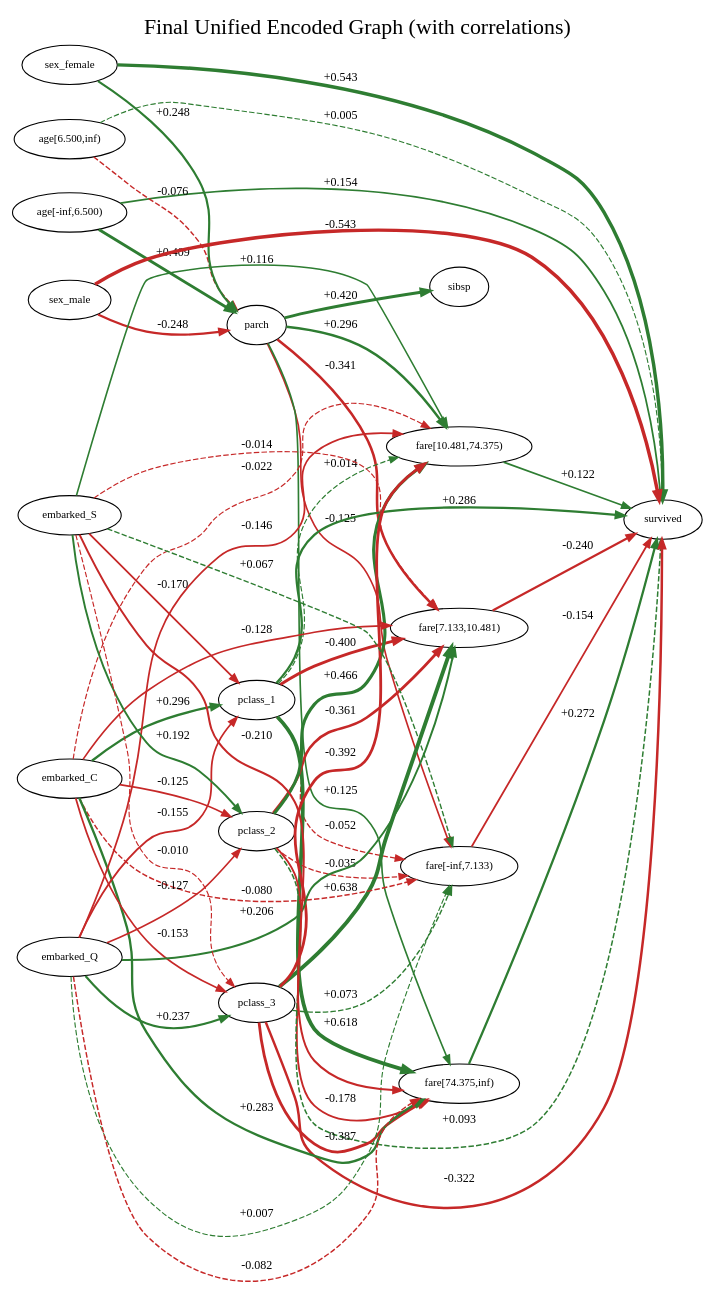
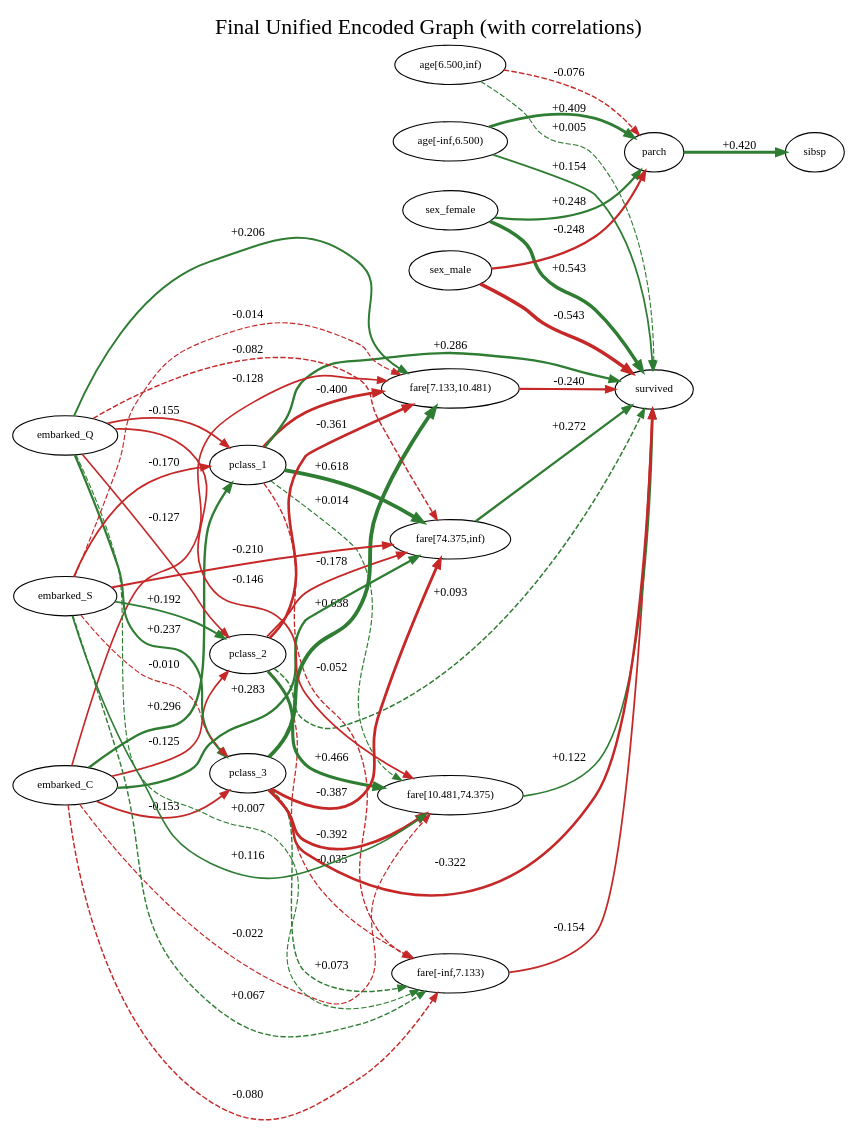
One commit to AKANEMO22/MedTCAX-Causal-Argumentative-Explainability changed the diagram in causal_argumentation-main/outputs_titanic/fci_experiment/final_unified_fci_weighted.dot. Above: the diagram before and after it, drawn with Graphviz. The commit also changed 23 other files, not shown here.

```diff
--- a/causal_argumentation-main/outputs_titanic/fci_experiment/final_unified_fci_weighted.dot
+++ b/causal_argumentation-main/outputs_titanic/fci_experiment/final_unified_fci_weighted.dot
@@ -1,76 +1,72 @@
 digraph G {
 rankdir=LR;
 label="Final Unified Encoded Graph (with correlations)";
 labelloc=t;
 fontsize=20;
 "age[-inf,6.500)" [shape=ellipse, fontsize=10];
 "age[6.500,inf)" [shape=ellipse, fontsize=10];
 "fare[-inf,7.133)" [shape=ellipse, fontsize=10];
 "fare[7.133,10.481)" [shape=ellipse, fontsize=10];
 "fare[10.481,74.375)" [shape=ellipse, fontsize=10];
 "fare[74.375,inf)" [shape=ellipse, fontsize=10];
 sibsp [shape=ellipse, fontsize=10];
 parch [shape=ellipse, fontsize=10];
 pclass_1 [shape=ellipse, fontsize=10];
 pclass_2 [shape=ellipse, fontsize=10];
 pclass_3 [shape=ellipse, fontsize=10];
 sex_female [shape=ellipse, fontsize=10];
 sex_male [shape=ellipse, fontsize=10];
 embarked_C [shape=ellipse, fontsize=10];
 embarked_Q [shape=ellipse, fontsize=10];
 embarked_S [shape=ellipse, fontsize=10];
 survived [shape=ellipse, fontsize=10];
+"age[-inf,6.500)" -> survived [arrowsize=0.8, label=" +0.154 ", fontsize=11, color="#2e7d32", penwidth=1.6177861699496239];
 "age[-inf,6.500)" -> parch [arrowsize=0.8, label=" +0.409 ", fontsize=11, color="#2e7d32", penwidth=2.6369918056082815];
-"age[-inf,6.500)" -> survived [arrowsize=0.8, label=" +0.154 ", fontsize=11, color="#2e7d32", penwidth=1.6177861699496239];
+"age[6.500,inf)" -> survived [arrowsize=0.8, label=" +0.005 ", fontsize=11, color="#2e7d32", style=dashed, penwidth=1.0208491370264643];
 "age[6.500,inf)" -> parch [arrowsize=0.8, label=" -0.076 ", fontsize=11, color="#c62828", style=dashed, penwidth=1.302104071312626];
-"age[6.500,inf)" -> survived [arrowsize=0.8, label=" +0.005 ", fontsize=11, color="#2e7d32", style=dashed, penwidth=1.0208491370264643];
 "fare[-inf,7.133)" -> survived [arrowsize=0.8, label=" -0.154 ", fontsize=11, color="#c62828", penwidth=1.6150804969855084];
 "fare[7.133,10.481)" -> survived [arrowsize=0.8, label=" -0.240 ", fontsize=11, color="#c62828", penwidth=1.9595400425618767];
 "fare[10.481,74.375)" -> survived [arrowsize=0.8, label=" +0.122 ", fontsize=11, color="#2e7d32", penwidth=1.4866630926507167];
 "fare[74.375,inf)" -> survived [arrowsize=0.8, label=" +0.272 ", fontsize=11, color="#2e7d32", penwidth=2.0897039893171288];
 parch -> sibsp [arrowsize=0.8, label=" +0.420 ", fontsize=11, color="#2e7d32", penwidth=2.680932707475021];
-parch -> "fare[7.133,10.481)" [arrowsize=0.8, label=" -0.341 ", fontsize=11, color="#c62828", penwidth=2.3620449319349763];
-parch -> "fare[-inf,7.133)" [arrowsize=0.8, label=" -0.125 ", fontsize=11, color="#c62828", penwidth=1.4986613933475286];
-parch -> "fare[10.481,74.375)" [arrowsize=0.8, label=" +0.296 ", fontsize=11, color="#2e7d32", penwidth=2.1839793438274446];
-parch -> "fare[74.375,inf)" [arrowsize=0.8, label=" +0.125 ", fontsize=11, color="#2e7d32", penwidth=1.5005349885069537];
 pclass_1 -> survived [arrowsize=0.8, label=" +0.286 ", fontsize=11, color="#2e7d32", penwidth=2.1436150711349695];
-pclass_1 -> "fare[7.133,10.481)" [arrowsize=0.8, label=" -0.400 ", fontsize=11, color="#c62828", penwidth=2.599999999999998];
 pclass_1 -> "fare[-inf,7.133)" [arrowsize=0.8, label=" -0.052 ", fontsize=11, color="#c62828", style=dashed, penwidth=1.2067024334934522];
 pclass_1 -> "fare[10.481,74.375)" [arrowsize=0.8, label=" +0.014 ", fontsize=11, color="#2e7d32", style=dashed, penwidth=1.0565179052716211];
+pclass_1 -> "fare[7.133,10.481)" [arrowsize=0.8, label=" -0.400 ", fontsize=11, color="#c62828", penwidth=2.599999999999998];
 pclass_1 -> "fare[74.375,inf)" [arrowsize=0.8, label=" +0.618 ", fontsize=11, color="#2e7d32", penwidth=3.4715000187273484];
 pclass_2 -> survived [arrowsize=0.8, label=" +0.093 ", fontsize=11, color="#2e7d32", style=dashed, penwidth=1.3733942896477154];
-pclass_2 -> "fare[7.133,10.481)" [arrowsize=0.8, label=" -0.361 ", fontsize=11, color="#c62828", penwidth=2.4429264621269073];
 pclass_2 -> "fare[-inf,7.133)" [arrowsize=0.8, label=" -0.035 ", fontsize=11, color="#c62828", style=dashed, penwidth=1.1398957882753673];
 pclass_2 -> "fare[10.481,74.375)" [arrowsize=0.8, label=" +0.466 ", fontsize=11, color="#2e7d32", penwidth=2.864432504407697];
+pclass_2 -> "fare[7.133,10.481)" [arrowsize=0.8, label=" -0.361 ", fontsize=11, color="#c62828", penwidth=2.4429264621269073];
 pclass_2 -> "fare[74.375,inf)" [arrowsize=0.8, label=" -0.178 ", fontsize=11, color="#c62828", penwidth=1.7132385556337684];
 pclass_3 -> survived [arrowsize=0.8, label=" -0.322 ", fontsize=11, color="#c62828", penwidth=2.2892334294918806];
-pclass_3 -> "fare[7.133,10.481)" [arrowsize=0.8, label=" +0.638 ", fontsize=11, color="#2e7d32", penwidth=3.5529025850904143];
 pclass_3 -> "fare[-inf,7.133)" [arrowsize=0.8, label=" +0.073 ", fontsize=11, color="#2e7d32", style=dashed, penwidth=1.291950879343746];
 pclass_3 -> "fare[10.481,74.375)" [arrowsize=0.8, label=" -0.392 ", fontsize=11, color="#c62828", penwidth=2.566076741692204];
+pclass_3 -> "fare[7.133,10.481)" [arrowsize=0.8, label=" +0.638 ", fontsize=11, color="#2e7d32", penwidth=3.5529025850904143];
 pclass_3 -> "fare[74.375,inf)" [arrowsize=0.8, label=" -0.387 ", fontsize=11, color="#c62828", penwidth=2.54898195217414];
+sex_female -> survived [arrowsize=0.8, label=" +0.543 ", fontsize=11, color="#2e7d32", penwidth=3.17340552263102];
 sex_female -> parch [arrowsize=0.8, label=" +0.248 ", fontsize=11, color="#2e7d32", penwidth=1.9900907139670656];
-sex_female -> survived [arrowsize=0.8, label=" +0.543 ", fontsize=11, color="#2e7d32", penwidth=3.17340552263102];
+sex_male -> survived [arrowsize=0.8, label=" -0.543 ", fontsize=11, color="#c62828", penwidth=3.17340552263102];
 sex_male -> parch [arrowsize=0.8, label=" -0.248 ", fontsize=11, color="#c62828", penwidth=1.9900907139670658];
-sex_male -> survived [arrowsize=0.8, label=" -0.543 ", fontsize=11, color="#c62828", penwidth=3.17340552263102];
-embarked_C -> "fare[7.133,10.481)" [arrowsize=0.8, label=" -0.128 ", fontsize=11, color="#c62828", penwidth=1.511283471649282];
-embarked_C -> pclass_2 [arrowsize=0.8, label=" -0.125 ", fontsize=11, color="#c62828", penwidth=1.5016624080527285];
 embarked_C -> "fare[-inf,7.133)" [arrowsize=0.8, label=" -0.080 ", fontsize=11, color="#c62828", style=dashed, penwidth=1.3205515173281779];
 embarked_C -> pclass_1 [arrowsize=0.8, label=" +0.296 ", fontsize=11, color="#2e7d32", penwidth=2.1856907175866684];
+embarked_C -> pclass_2 [arrowsize=0.8, label=" -0.125 ", fontsize=11, color="#c62828", penwidth=1.5016624080527285];
+embarked_C -> "fare[10.481,74.375)" [arrowsize=0.8, label=" -0.022 ", fontsize=11, color="#c62828", style=dashed, penwidth=1.0870456162135902];
+embarked_C -> "fare[7.133,10.481)" [arrowsize=0.8, label=" -0.128 ", fontsize=11, color="#c62828", penwidth=1.511283471649282];
+embarked_C -> "fare[74.375,inf)" [arrowsize=0.8, label=" +0.283 ", fontsize=11, color="#2e7d32", penwidth=2.131628284544541];
 embarked_C -> pclass_3 [arrowsize=0.8, label=" -0.153 ", fontsize=11, color="#c62828", penwidth=1.6133153536233307];
-embarked_C -> "fare[10.481,74.375)" [arrowsize=0.8, label=" -0.022 ", fontsize=11, color="#c62828", style=dashed, penwidth=1.0870456162135902];
-embarked_C -> "fare[74.375,inf)" [arrowsize=0.8, label=" +0.283 ", fontsize=11, color="#2e7d32", penwidth=2.131628284544541];
-embarked_Q -> "fare[7.133,10.481)" [arrowsize=0.8, label=" +0.206 ", fontsize=11, color="#2e7d32", penwidth=1.8247271439652288];
-embarked_Q -> pclass_2 [arrowsize=0.8, label=" -0.127 ", fontsize=11, color="#c62828", penwidth=1.5092051454589839];
 embarked_Q -> "fare[-inf,7.133)" [arrowsize=0.8, label=" +0.007 ", fontsize=11, color="#2e7d32", style=dashed, penwidth=1.0279214440721098];
 embarked_Q -> pclass_1 [arrowsize=0.8, label=" -0.155 ", fontsize=11, color="#c62828", penwidth=1.621369766001199];
+embarked_Q -> pclass_2 [arrowsize=0.8, label=" -0.127 ", fontsize=11, color="#c62828", penwidth=1.5092051454589839];
+embarked_Q -> "fare[10.481,74.375)" [arrowsize=0.8, label=" -0.146 ", fontsize=11, color="#c62828", penwidth=1.5855716862818185];
+embarked_Q -> "fare[7.133,10.481)" [arrowsize=0.8, label=" +0.206 ", fontsize=11, color="#2e7d32", penwidth=1.8247271439652288];
+embarked_Q -> "fare[74.375,inf)" [arrowsize=0.8, label=" -0.082 ", fontsize=11, color="#c62828", style=dashed, penwidth=1.3274081879404258];
 embarked_Q -> pclass_3 [arrowsize=0.8, label=" +0.237 ", fontsize=11, color="#2e7d32", penwidth=1.9497950185504906];
-embarked_Q -> "fare[10.481,74.375)" [arrowsize=0.8, label=" -0.146 ", fontsize=11, color="#c62828", penwidth=1.5855716862818185];
-embarked_Q -> "fare[74.375,inf)" [arrowsize=0.8, label=" -0.082 ", fontsize=11, color="#c62828", style=dashed, penwidth=1.3274081879404258];
-embarked_S -> "fare[7.133,10.481)" [arrowsize=0.8, label=" -0.014 ", fontsize=11, color="#c62828", style=dashed, penwidth=1.0567340216640118];
-embarked_S -> pclass_2 [arrowsize=0.8, label=" +0.192 ", fontsize=11, color="#2e7d32", penwidth=1.768244411909147];
 embarked_S -> "fare[-inf,7.133)" [arrowsize=0.8, label=" +0.067 ", fontsize=11, color="#2e7d32", style=dashed, penwidth=1.2670455588252827];
 embarked_S -> pclass_1 [arrowsize=0.8, label=" -0.170 ", fontsize=11, color="#c62828", penwidth=1.68151743523894];
+embarked_S -> pclass_2 [arrowsize=0.8, label=" +0.192 ", fontsize=11, color="#2e7d32", penwidth=1.768244411909147];
+embarked_S -> "fare[10.481,74.375)" [arrowsize=0.8, label=" +0.116 ", fontsize=11, color="#2e7d32", penwidth=1.4641301399978257];
+embarked_S -> "fare[7.133,10.481)" [arrowsize=0.8, label=" -0.014 ", fontsize=11, color="#c62828", style=dashed, penwidth=1.0567340216640118];
+embarked_S -> "fare[74.375,inf)" [arrowsize=0.8, label=" -0.210 ", fontsize=11, color="#c62828", penwidth=1.8407305945146004];
 embarked_S -> pclass_3 [arrowsize=0.8, label=" -0.010 ", fontsize=11, color="#c62828", style=dashed, penwidth=1.038042193716542];
-embarked_S -> "fare[10.481,74.375)" [arrowsize=0.8, label=" +0.116 ", fontsize=11, color="#2e7d32", penwidth=1.4641301399978257];
-embarked_S -> "fare[74.375,inf)" [arrowsize=0.8, label=" -0.210 ", fontsize=11, color="#c62828", penwidth=1.8407305945146004];
 }
```
